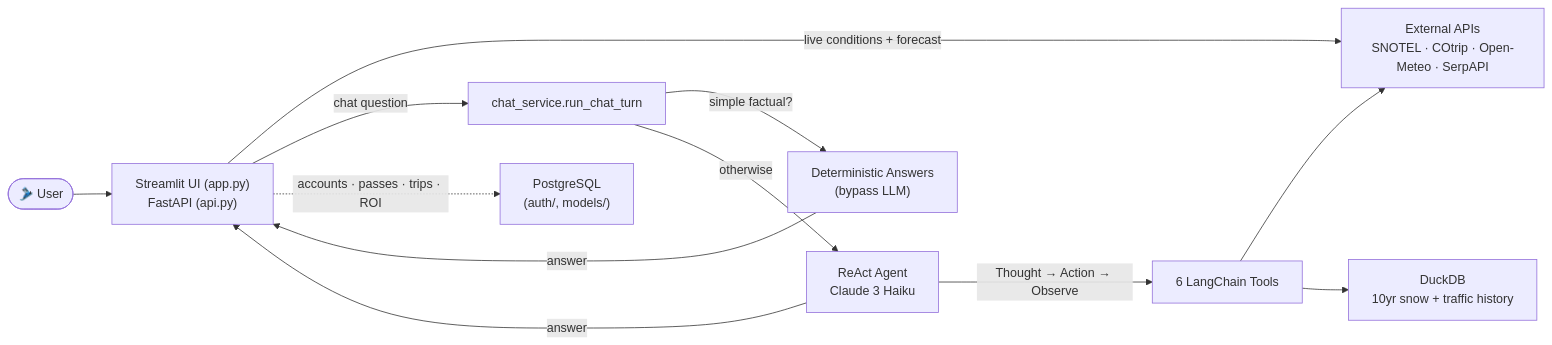
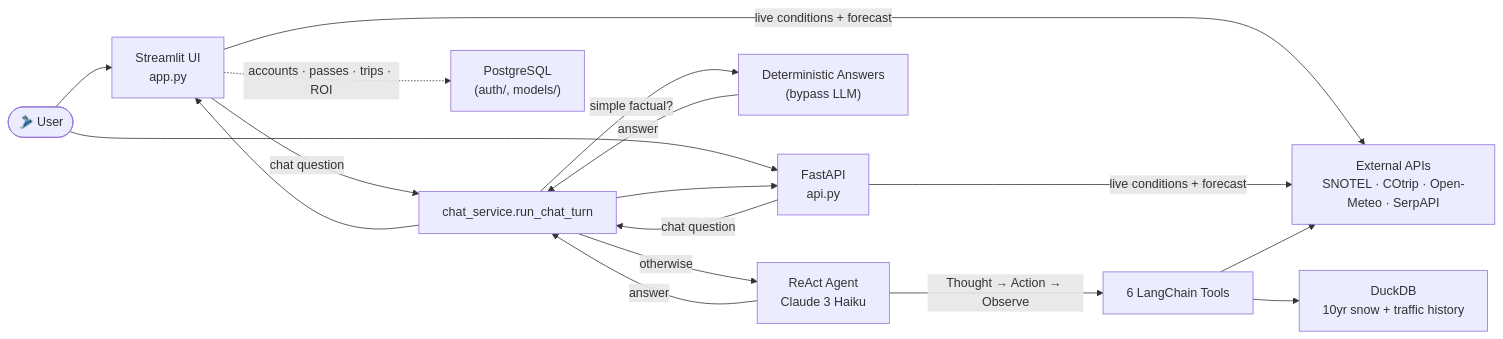
Before and after one commit to Ttopiac/colorado-powracle: the first of 3 diagrams in architecture.md, drawn with Mermaid. The commit also changed 10 other files, not shown here.

````diff
--- a/architecture.md
+++ b/architecture.md
@@ -5,20 +5,24 @@
 ```mermaid
 graph LR
-    User(["🎿 User"]) --> Clients["Streamlit UI (app.py)<br/>FastAPI (api.py)"]
+    User(["🎿 User"]) --> UI["Streamlit UI<br/>app.py"]
+    User --> API["FastAPI<br/>api.py"]
 
-    Clients -->|live conditions + forecast| APIs["External APIs<br/>SNOTEL · COtrip · Open-Meteo · SerpAPI"]
-    Clients -->|chat question| Chat["chat_service.run_chat_turn"]
+    UI -->|live conditions + forecast| APIs["External APIs<br/>SNOTEL · COtrip · Open-Meteo · SerpAPI"]
+    API -->|live conditions + forecast| APIs
+    UI -->|chat question| Chat["chat_service.run_chat_turn"]
+    API -->|chat question| Chat
 
     Chat -->|simple factual?| Det["Deterministic Answers<br/>(bypass LLM)"]
     Chat -->|otherwise| Agent["ReAct Agent<br/>Claude 3 Haiku"]
 
     Agent -->|Thought → Action → Observe| Tools["6 LangChain Tools"]
-
     Tools --> APIs
     Tools --> DDB["DuckDB<br/>10yr snow + traffic history"]
 
-    Clients -.->|accounts · passes · trips · ROI| PG["PostgreSQL<br/>(auth/, models/)"]
+    UI -.->|accounts · passes · trips · ROI| PG["PostgreSQL<br/>(auth/, models/)"]
 
-    Agent -->|answer| Clients
-    Det -->|answer| Clients
+    Agent -->|answer| Chat
+    Det -->|answer| Chat
+    Chat --> UI
+    Chat --> API
 ```
````
